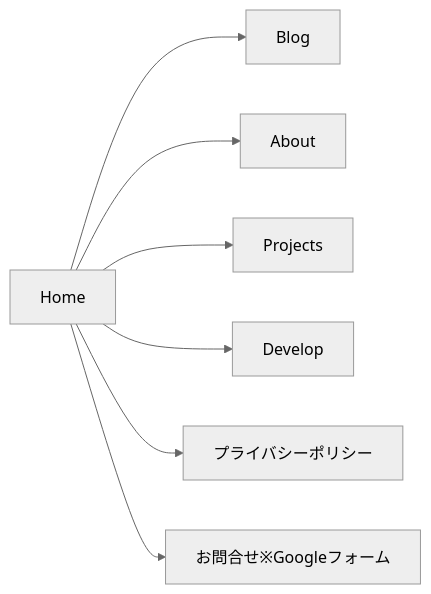
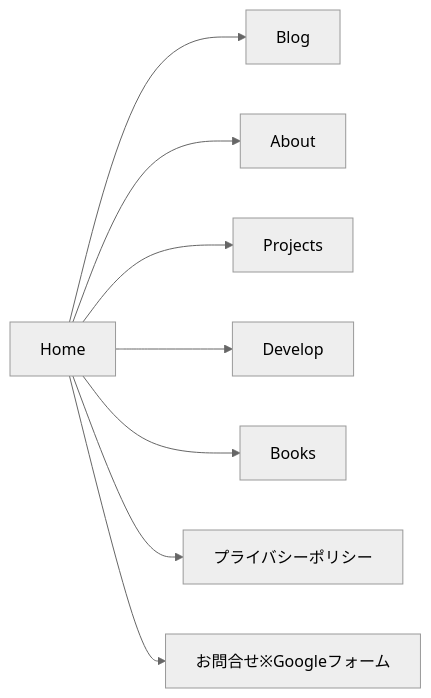
The second of 2 diagrams in README.md (morimorig3/my-site-v3), drawn with Mermaid (neutral theme) before and after one commit. The commit also changed other lines of this file, not shown here.

````diff
--- a/README.md
+++ b/README.md
@@ -56,10 +56,11 @@
 ```mermaid
 graph LR
 
 Home-->Blog
 Home-->About
 Home-->Projects
 Home-->Develop
+Home-->Books
 Home-->プライバシーポリシー
 Home-->お問合せ["お問合せ※Googleフォーム"]
 ```
````
